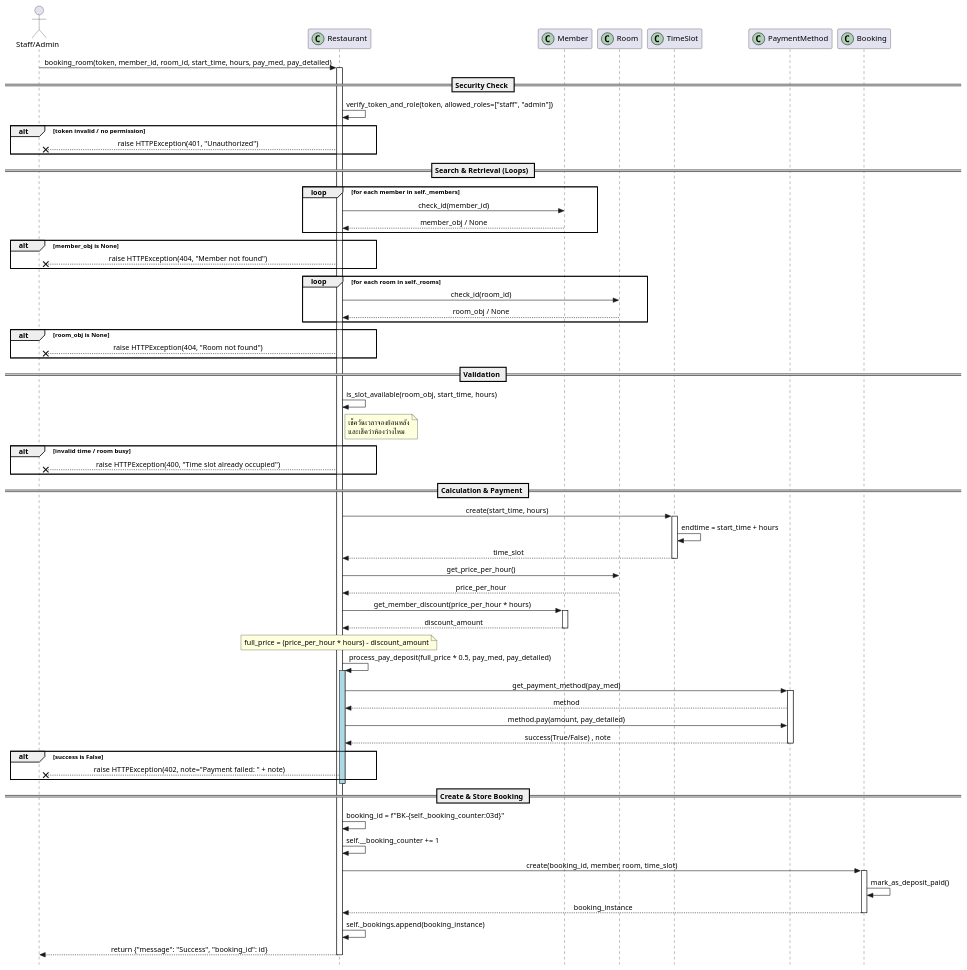
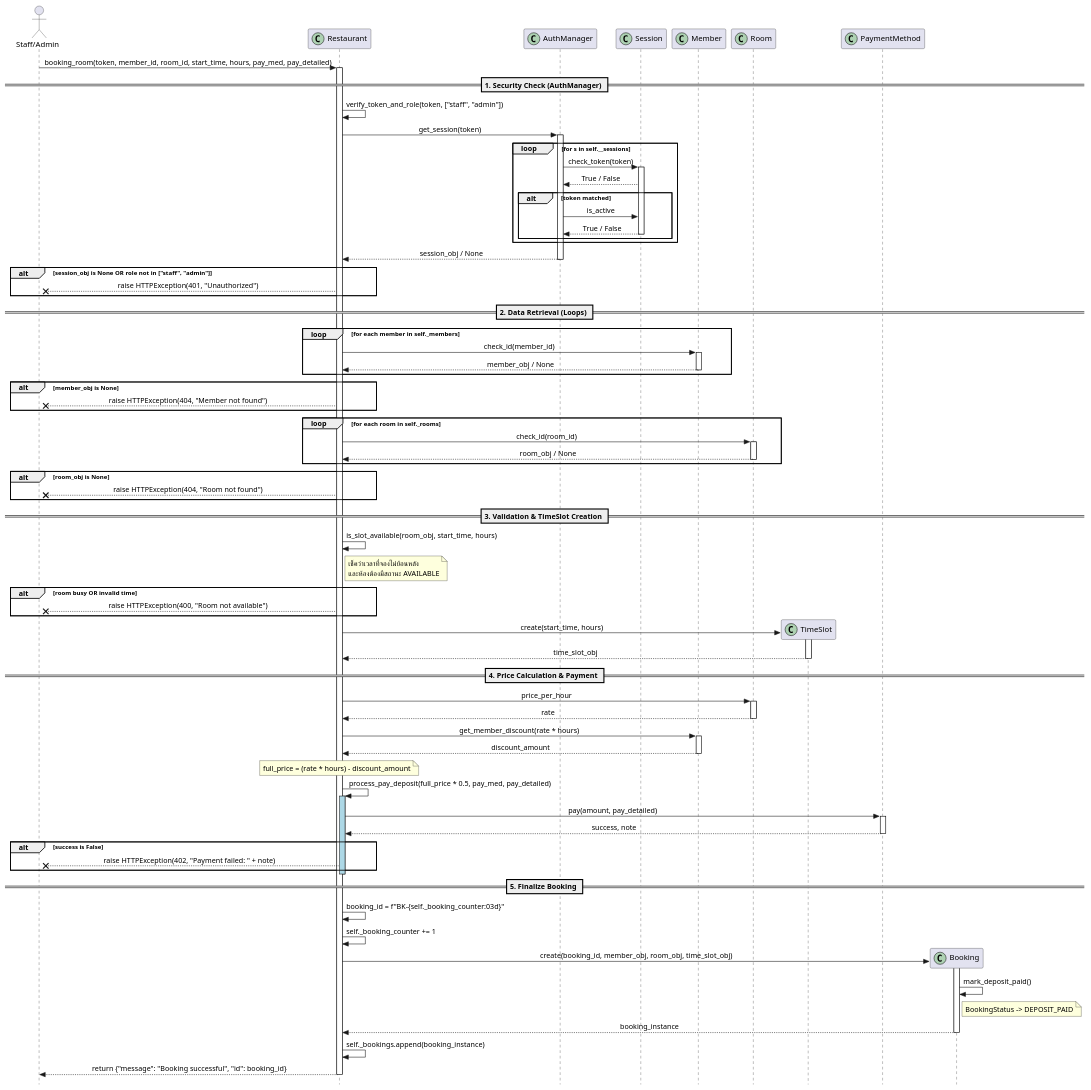
One commit to twrrippy/knight-chicken-oop changed the diagram in shared/doc/ิbooking_room_sequence_diagram.puml. Above: the diagram before and after it, drawn with PlantUML. The commit also changed 1 other file, not shown here.

Commit message:
booking, checkin sequence

```diff
--- a/shared/doc/ิbooking_room_sequence_diagram.puml
+++ b/shared/doc/ิbooking_room_sequence_diagram.puml
@@ -1,99 +1,119 @@
 @startuml
 skinparam style strictuml
 skinparam sequenceMessageAlignment center
 
-' --- ประกาศ Participants ทั้งหมดไว้ด้านบนสุดเพื่อให้ระดับเดียวกัน ---
+' --- Participants ประกาศไว้ด้านบนเพื่อให้ระดับเดียวกัน ---
 actor "Staff/Admin" as S
 participant "Restaurant" as R << (C,#ADD1B2) >>
+participant "AuthManager" as Auth << (C,#ADD1B2) >>
+participant "Session" as SS << (C,#ADD1B2) >>
 participant "Member" as M << (C,#ADD1B2) >>
 participant "Room" as RM << (C,#ADD1B2) >>
 participant "TimeSlot" as TS << (C,#ADD1B2) >>
 participant "PaymentMethod" as PM << (C,#ADD1B2) >>
 participant "Booking" as B << (C,#ADD1B2) >>
 
 ' --- เริ่มต้น Logic ---
 S -> R : booking_room(token, member_id, room_id, start_time, hours, pay_med, pay_detailed)
 activate R
 
-    == Security Check ==
-    R -> R : verify_token_and_role(token, allowed_roles=["staff", "admin"])
-    alt token invalid / no permission
+    == 1. Security Check (AuthManager) ==
+    R -> R : verify_token_and_role(token, ["staff", "admin"])
+    R -> Auth : get_session(token)
+    activate Auth
+        
+        loop for s in self.__sessions
+            Auth -> SS : check_token(token)
+            activate SS
+            SS --> Auth : True / False
+            
+            alt token matched
+                Auth -> SS : is_active
+                SS --> Auth : True / False
+            deactivate SS    
+            end
+        end
+        
+        Auth --> R : session_obj / None
+    deactivate Auth
+    
+    alt session_obj is None OR role not in ["staff", "admin"]
         R --X S : raise HTTPException(401, "Unauthorized")
     end
 
-    == Search & Retrieval (Loops) ==
-    
+    == 2. Data Retrieval (Loops) ==
     loop for each member in self._members
         R -> M : check_id(member_id)
+        activate M
         M --> R : member_obj / None
+        deactivate M
     end
     alt member_obj is None
         R --X S : raise HTTPException(404, "Member not found")
     end
 
     loop for each room in self._rooms
         R -> RM : check_id(room_id)
+        activate RM
         RM --> R : room_obj / None
+        deactivate RM
     end
     alt room_obj is None
         R --X S : raise HTTPException(404, "Room not found")
     end
 
-    == Validation ==
+    == 3. Validation & TimeSlot Creation ==
     R -> R : is_slot_available(room_obj, start_time, hours)
-    note right of R : เช็ควันเวลาจองย้อนหลัง\nและเช็คว่าห้องว่างไหม
-    alt invalid time / room busy
-        R --X S : raise HTTPException(400, "Time slot already occupied")
+    note right of R : เช็คว่าเวลาที่จองไม่ย้อนหลัง\nและห้องต้องมีสถานะ AVAILABLE
+    
+    alt room busy OR invalid time
+        R --X S : raise HTTPException(400, "Room not available")
     end
 
-    == Calculation & Payment ==
-    
-    ' ใช้การลากไปที่ TS ที่ประกาศไว้ด้านบนแล้ว
-    R -> TS : create(start_time, hours)
+    R -> TS ** : create(start_time, hours)
     activate TS
-        TS -> TS : endtime = start_time + hours
-        TS --> R : time_slot
+        TS --> R : time_slot_obj
     deactivate TS
-    
-    R -> RM : get_price_per_hour()
-    RM --> R : price_per_hour
-    
-    R -> M : get_member_discount(price_per_hour * hours)
+
+    == 4. Price Calculation & Payment ==
+    R -> RM : price_per_hour
+    activate RM
+        RM --> R : rate
+    deactivate RM
+
+    R -> M : get_member_discount(rate * hours)
     activate M
         M --> R : discount_amount
     deactivate M
     
-    note over R : full_price = (price_per_hour * hours) - discount_amount
+    note over R : full_price = (rate * hours) - discount_amount
 
     R -> R : process_pay_deposit(full_price * 0.5, pay_med, pay_detailed)
     activate R #LightBlue
+        R -> PM : pay(amount, pay_detailed)
+        activate PM
+            PM --> R : success, note
+        deactivate PM
         
-        R -> PM : get_payment_method(pay_med)
-        activate PM
-        PM --> R : method
-        R -> PM : method.pay(amount, pay_detailed)
-        PM --> R : success(True/False) , note
-        deactivate PM
         alt success is False
-            R --X S : raise HTTPException(402, note="Payment failed: " + note)
+            R --X S : raise HTTPException(402, "Payment failed: " + note)
         end
     deactivate R
 
-    == Create & Store Booking ==
+    == 5. Finalize Booking ==
+    R -> R : booking_id = f"BK-{self._booking_counter:03d}"
+    R -> R : self._booking_counter += 1
     
-    R -> R : booking_id = f"BK-{self._booking_counter:03d}"
-    R -> R : self.__booking_counter += 1
-    
-    ' ลากไปที่ B ที่ประกาศไว้ด้านบนแล้ว
-    R -> B : create(booking_id, member, room, time_slot)
+    R -> B ** : create(booking_id, member_obj, room_obj, time_slot_obj)
     activate B
-        B -> B : mark_as_deposit_paid()
+        B -> B : mark_deposit_paid()
+        note right of B : BookingStatus -> DEPOSIT_PAID
         B --> R : booking_instance
     deactivate B
     
     R -> R : self._bookings.append(booking_instance)
     
-    R --> S : return {"message": "Success", "booking_id": id}
+    R --> S : return {"message": "Booking successful", "id": booking_id}
 
 deactivate R
 @enduml
```
